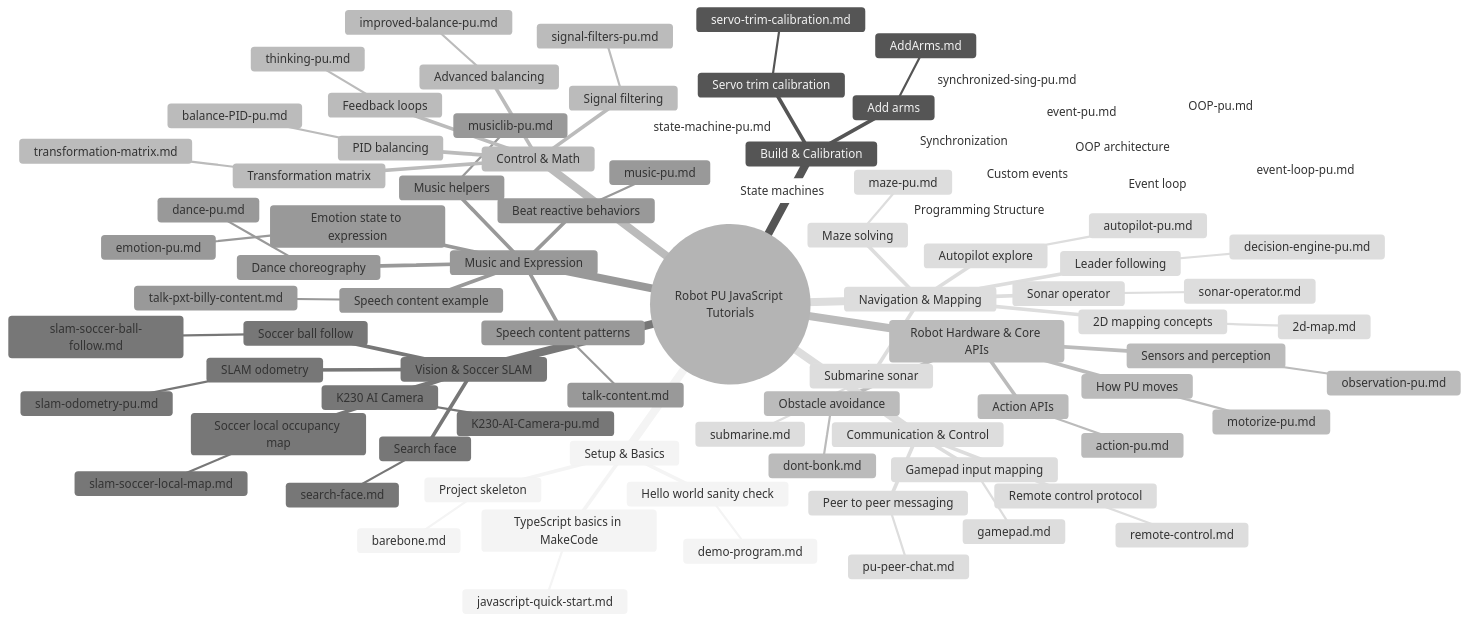
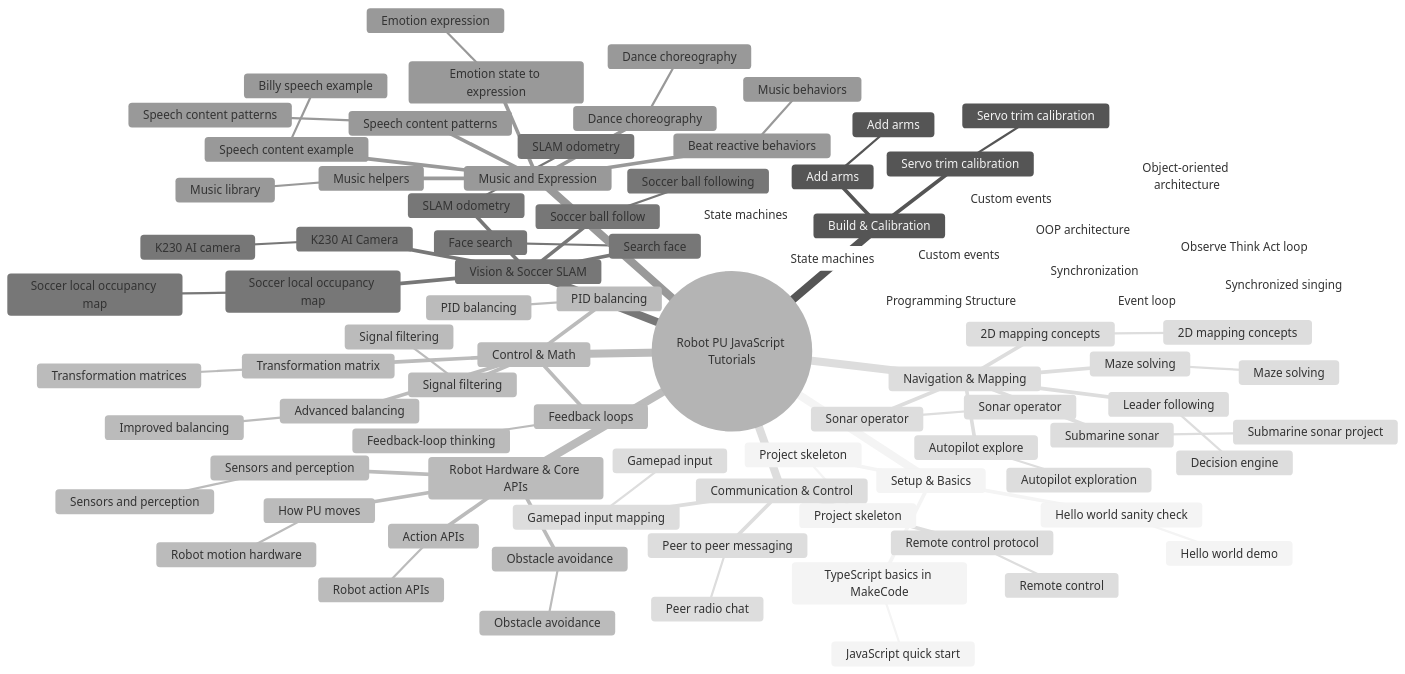
The first of 2 diagrams in tutorials/JavaScripts/README.md (robotgyms/pxt-robotpu), drawn with Mermaid (neutral theme) before and after one commit. The commit also changed other lines of this file, not shown here.

Commit message:
update readme in javascript tutorial

````diff
--- a/tutorials/JavaScripts/README.md
+++ b/tutorials/JavaScripts/README.md
@@ -25,89 +25,89 @@
   root((Robot PU JavaScript Tutorials))
     Setup & Basics
       Project skeleton
-        barebone.md
+        Project skeleton
       Hello world sanity check
-        demo-program.md
+        Hello world demo
       TypeScript basics in MakeCode
-        javascript-quick-start.md
+        JavaScript quick start
     Build & Calibration
       Add arms
-        AddArms.md
+        Add arms
       Servo trim calibration
-        servo-trim-calibration.md
+        Servo trim calibration
     Robot Hardware & Core APIs
       How PU moves
-        motorize-pu.md
+        Robot motion hardware
       Action APIs
-        action-pu.md
+        Robot action APIs
       Sensors and perception
-        observation-pu.md
+        Sensors and perception
       Obstacle avoidance
-        dont-bonk.md
+        Obstacle avoidance
     Vision & Soccer SLAM
       K230 AI Camera
-        K230-AI-Camera-pu.md
+        K230 AI camera
       Search face
-        search-face.md
+        Face search
       SLAM odometry
-        slam-odometry-pu.md
+        SLAM odometry
       Soccer ball follow
-        slam-soccer-ball-follow.md
+        Soccer ball following
       Soccer local occupancy map
-        slam-soccer-local-map.md
+        Soccer local occupancy map
     Music and Expression
       Beat reactive behaviors
-        music-pu.md
+        Music behaviors
       Music helpers
-        musiclib-pu.md
+        Music library
       Dance choreography
-        dance-pu.md
+        Dance choreography
       Emotion state to expression
-        emotion-pu.md
+        Emotion expression
       Speech content patterns
-        talk-content.md
+        Speech content patterns
       Speech content example
-        talk-pxt-billy-content.md
+        Billy speech example
     Communication & Control
       Remote control protocol
-        remote-control.md
+        Remote control
       Gamepad input mapping
-        gamepad.md
+        Gamepad input
       Peer to peer messaging
-        pu-peer-chat.md
+        Peer radio chat
     Programming Structure
       Event loop
-        event-loop-pu.md
+        Observe Think Act loop
       Custom events
-        event-pu.md
+        Custom events
       State machines
-        state-machine-pu.md
+        State machines
       OOP architecture
-        OOP-pu.md
+        Object-oriented architecture
       Synchronization
-        synchronized-sing-pu.md
+        Synchronized singing
     Navigation & Mapping
       Maze solving
-        maze-pu.md
+        Maze solving
       Autopilot explore
-        autopilot-pu.md
+        Autopilot exploration
       Leader following
-        decision-engine-pu.md
+        Decision engine
       Sonar operator
-        sonar-operator.md
+        Sonar operator
       Submarine sonar
-        submarine.md
+        Submarine sonar project
       2D mapping concepts
-        2d-map.md
+        2D mapping concepts
     Control & Math
       Transformation matrix
-        transformation-matrix.md
+        Transformation matrices
       Feedback loops
-        thinking-pu.md
+        Feedback-loop thinking
       Signal filtering
-        signal-filters-pu.md
+        Signal filtering
       PID balancing
-        balance-PID-pu.md
+        PID balancing
       Advanced balancing
-        improved-balance-pu.md
+        Improved balancing
 ```
````
